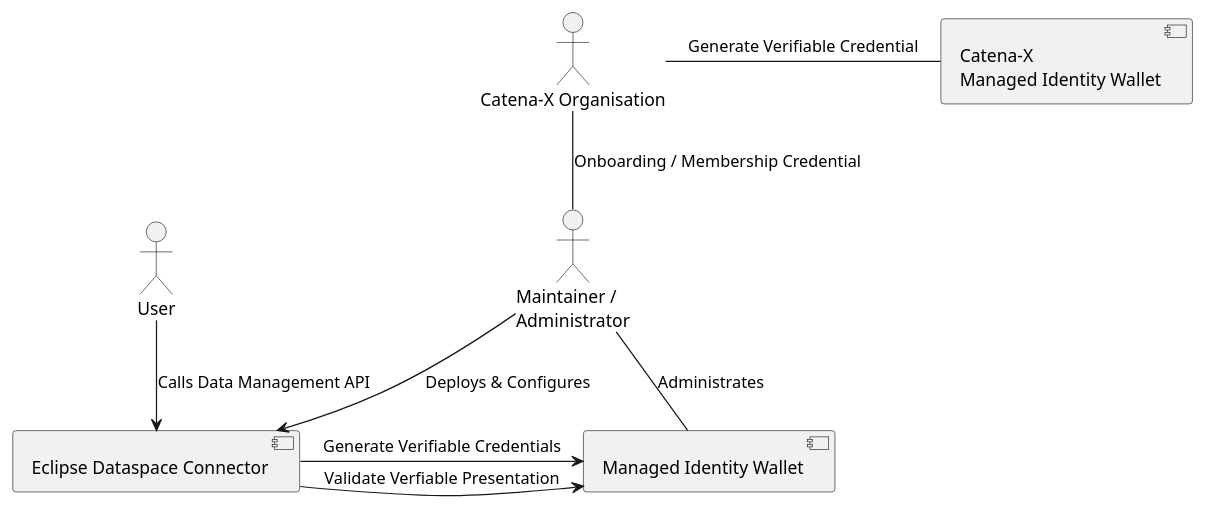
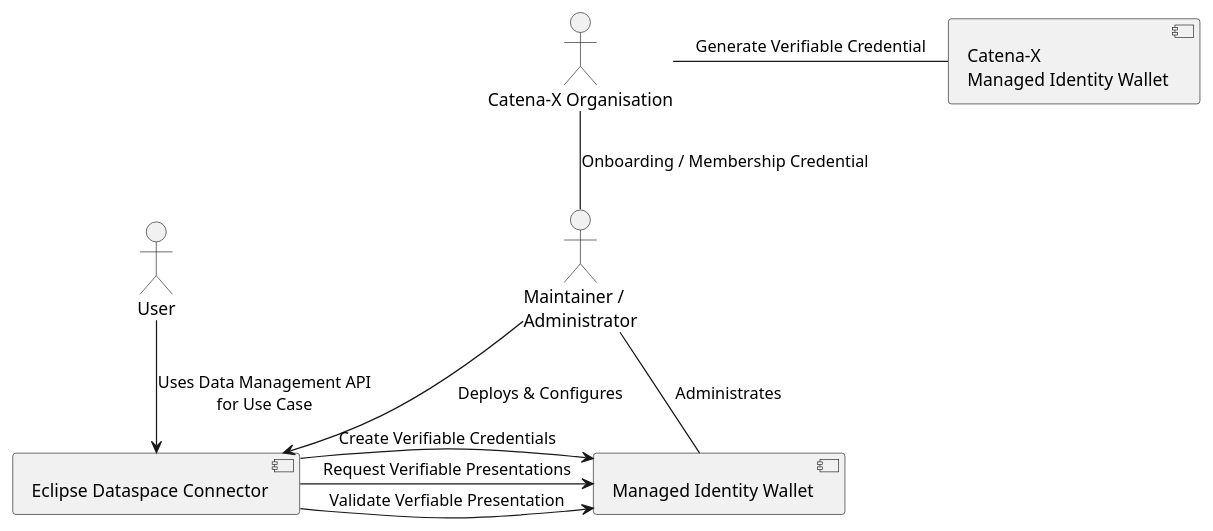
One commit to eclipse-tractusx/tractusx-edc changed the diagram in docs/SSI/charts/ssi_components.puml. Above: the diagram before and after it, drawn with PlantUML. The commit also changed 3 other files, not shown here.

```diff
--- a/docs/SSI/charts/ssi_components.puml
+++ b/docs/SSI/charts/ssi_components.puml
@@ -1,20 +1,21 @@
 @startuml
 
 component CxWallet as "Catena-X\nManaged Identity Wallet"
 actor ActorCx as "Catena-X Organisation"
 
 component Connector as "Eclipse Dataspace Connector"
 component Wallet as "Managed Identity Wallet"
 actor Admin as "Maintainer /\nAdministrator"
 actor User as "User"
 
 ActorCx - CxWallet : "Generate Verifiable Credential"
 ActorCx -- Admin : Onboarding / Membership Credential
 
 Admin -- Wallet : Administrates
 Admin --> Connector : Deploys & Configures
-Connector -> Wallet : Generate Verifiable Credentials
+Connector -> Wallet : Create Verifiable Credentials
+Connector -> Wallet : Request Verifiable Presentations
 Connector -> Wallet : Validate Verfiable Presentation
-User --> Connector : Calls Data Management API
+User --> Connector : Uses Data Management API\nfor Use Case
 
 @enduml
```
